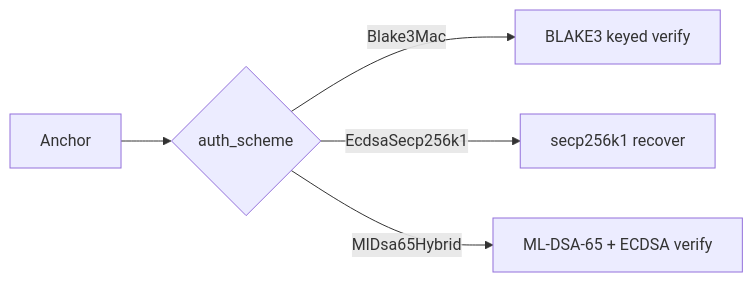
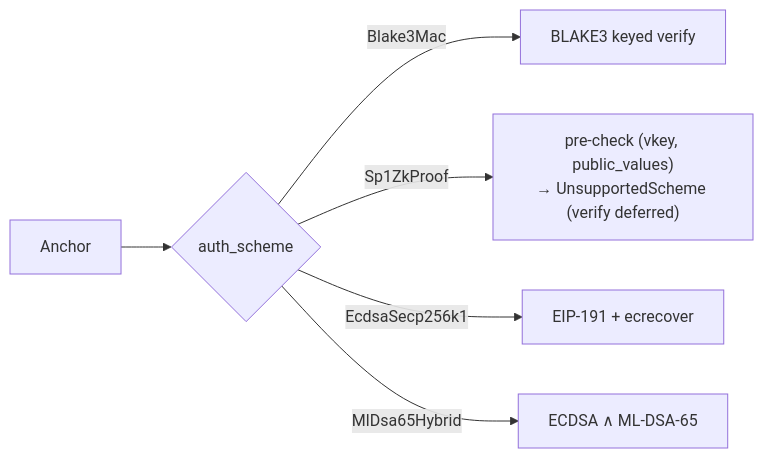
One commit to Suwappu-Labs/suwappu-db changed the second of 3 diagrams in docs/iq/IQ-7-anchor-parity.md. Above: the diagram before and after it, drawn with Mermaid. The commit also changed other lines of this file and 1 other file, not shown here.

````diff
--- a/docs/iq/IQ-7-anchor-parity.md
+++ b/docs/iq/IQ-7-anchor-parity.md
@@ -117,7 +124,8 @@
 ```mermaid
 flowchart LR
     A[Anchor] --> Switch{auth_scheme}
     Switch -->|Blake3Mac| B[BLAKE3 keyed verify]
-    Switch -->|EcdsaSecp256k1| E[secp256k1 recover]
-    Switch -->|MlDsa65Hybrid| M[ML-DSA-65 + ECDSA verify]
+    Switch -->|Sp1ZkProof| Z["pre-check (vkey, public_values)<br/>→ UnsupportedScheme (verify deferred)"]
+    Switch -->|EcdsaSecp256k1| E[EIP-191 + ecrecover]
+    Switch -->|MlDsa65Hybrid| M[ECDSA ∧ ML-DSA-65]
 ```
````
